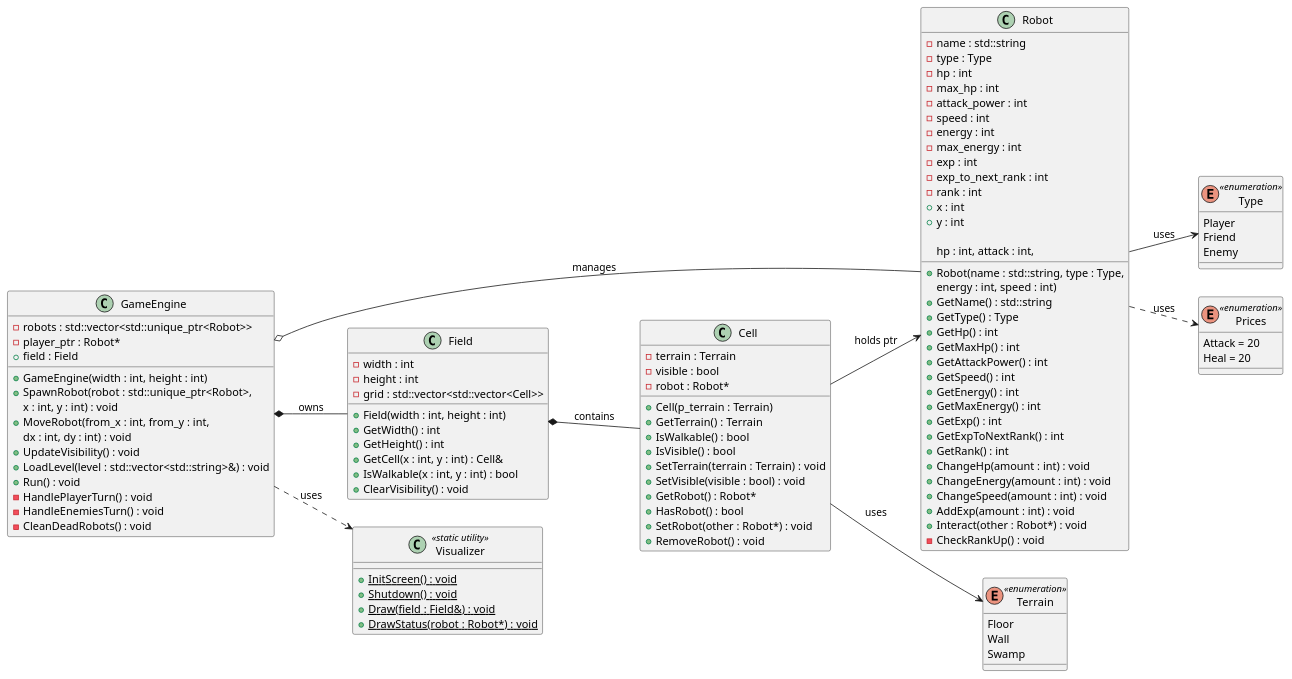
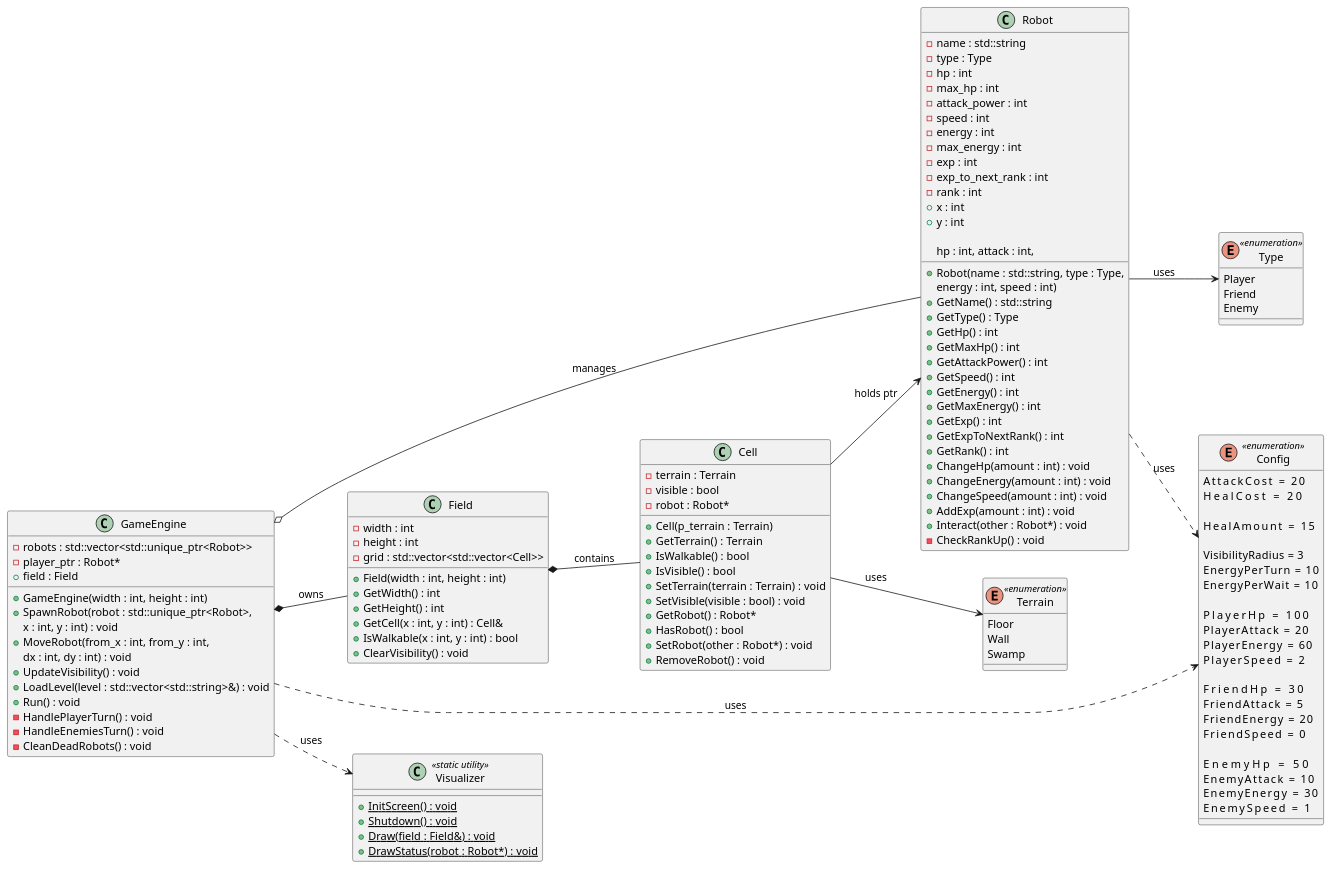
One commit to R3G3NT/RoboGame changed the diagram in Graph.puml. Above: the diagram before and after it, drawn with PlantUML.

Commit message:
Добавил Config в uml

```diff
--- a/Graph.puml
+++ b/Graph.puml
@@ -1,123 +1,145 @@
 @startuml classes
 left to right direction
 
 class Robot {
     - name : std::string
     - type : Type
     - hp : int
     - max_hp : int
     - attack_power : int
     - speed : int
     - energy : int
     - max_energy : int
     - exp : int
     - exp_to_next_rank : int
     - rank : int
     + x : int
     + y : int
     
     + Robot(name : std::string, type : Type,
             hp : int, attack : int,
             energy : int, speed : int)
     + GetName() : std::string
     + GetType() : Type
     + GetHp() : int
     + GetMaxHp() : int
     + GetAttackPower() : int
     + GetSpeed() : int
     + GetEnergy() : int
     + GetMaxEnergy() : int
     + GetExp() : int
     + GetExpToNextRank() : int
     + GetRank() : int
     + ChangeHp(amount : int) : void
     + ChangeEnergy(amount : int) : void
     + ChangeSpeed(amount : int) : void
     + AddExp(amount : int) : void
     + Interact(other : Robot*) : void
     - CheckRankUp() : void
 }
 
 enum Type <<enumeration>> {
     Player
     Friend
     Enemy
 }
 
-enum Prices <<enumeration>> {
-    Attack = 20
-    Heal = 20
+enum Config <<enumeration>> {
+    AttackCost         = 20
+    HealCost           = 20
+
+    HealAmount         = 15
+
+    VisibilityRadius   = 3
+    EnergyPerTurn      = 10
+    EnergyPerWait      = 10
+
+    PlayerHp           = 100
+    PlayerAttack       = 20
+    PlayerEnergy       = 60
+    PlayerSpeed        = 2
+
+    FriendHp           = 30
+    FriendAttack       = 5
+    FriendEnergy       = 20
+    FriendSpeed        = 0
+
+    EnemyHp            = 50
+    EnemyAttack        = 10
+    EnemyEnergy        = 30
+    EnemySpeed         = 1
 }
 
 class Cell {
     - terrain : Terrain
     - visible : bool
     - robot : Robot*
     
     + Cell(p_terrain : Terrain)
     + GetTerrain() : Terrain
     + IsWalkable() : bool
     + IsVisible() : bool
     + SetTerrain(terrain : Terrain) : void
     + SetVisible(visible : bool) : void
     + GetRobot() : Robot*
     + HasRobot() : bool
     + SetRobot(other : Robot*) : void
     + RemoveRobot() : void
 }
 
 enum Terrain <<enumeration>> {
     Floor
     Wall
     Swamp
 }
 
 class Field {
     - width : int
     - height : int
     - grid : std::vector<std::vector<Cell>>
     
     + Field(width : int, height : int)
     + GetWidth() : int
     + GetHeight() : int
     + GetCell(x : int, y : int) : Cell&
     + IsWalkable(x : int, y : int) : bool
     + ClearVisibility() : void
 }
 
 class GameEngine {
     - robots : std::vector<std::unique_ptr<Robot>>
     - player_ptr : Robot*
     + field : Field
     
     + GameEngine(width : int, height : int)
     + SpawnRobot(robot : std::unique_ptr<Robot>,
                  x : int, y : int) : void
     + MoveRobot(from_x : int, from_y : int,
                 dx : int, dy : int) : void
     + UpdateVisibility() : void
     + LoadLevel(level : std::vector<std::string>&) : void
     + Run() : void
     - HandlePlayerTurn() : void
     - HandleEnemiesTurn() : void
     - CleanDeadRobots() : void
 }
 
 class Visualizer <<static utility>> {
     + {static} InitScreen() : void
     + {static} Shutdown() : void
     + {static} Draw(field : Field&) : void
     + {static} DrawStatus(robot : Robot*) : void
 }
 
 ' Связи
 Robot      --> Type       : uses 
-Robot      ..> Prices     : uses
+Robot      ..> Config     : uses
 Cell       --> Robot      : holds ptr 
 Cell       --> Terrain    : uses  
 Field      *-- Cell       : contains 
 GameEngine *--  Field     : owns 
 GameEngine o-- Robot      : manages  
 GameEngine ..> Visualizer : uses 
+GameEngine ..> Config     : uses
 
 @enduml
```
